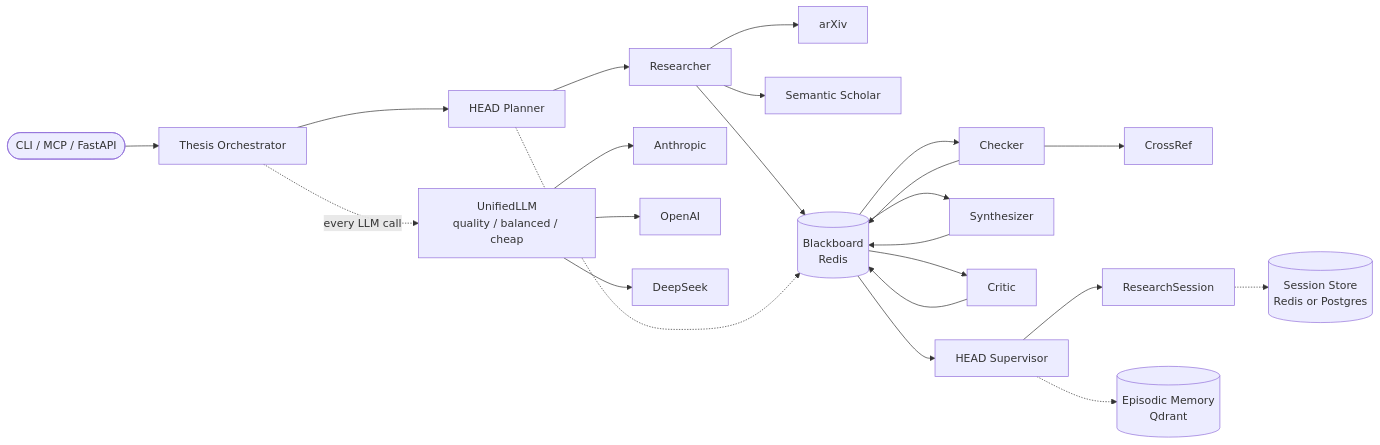
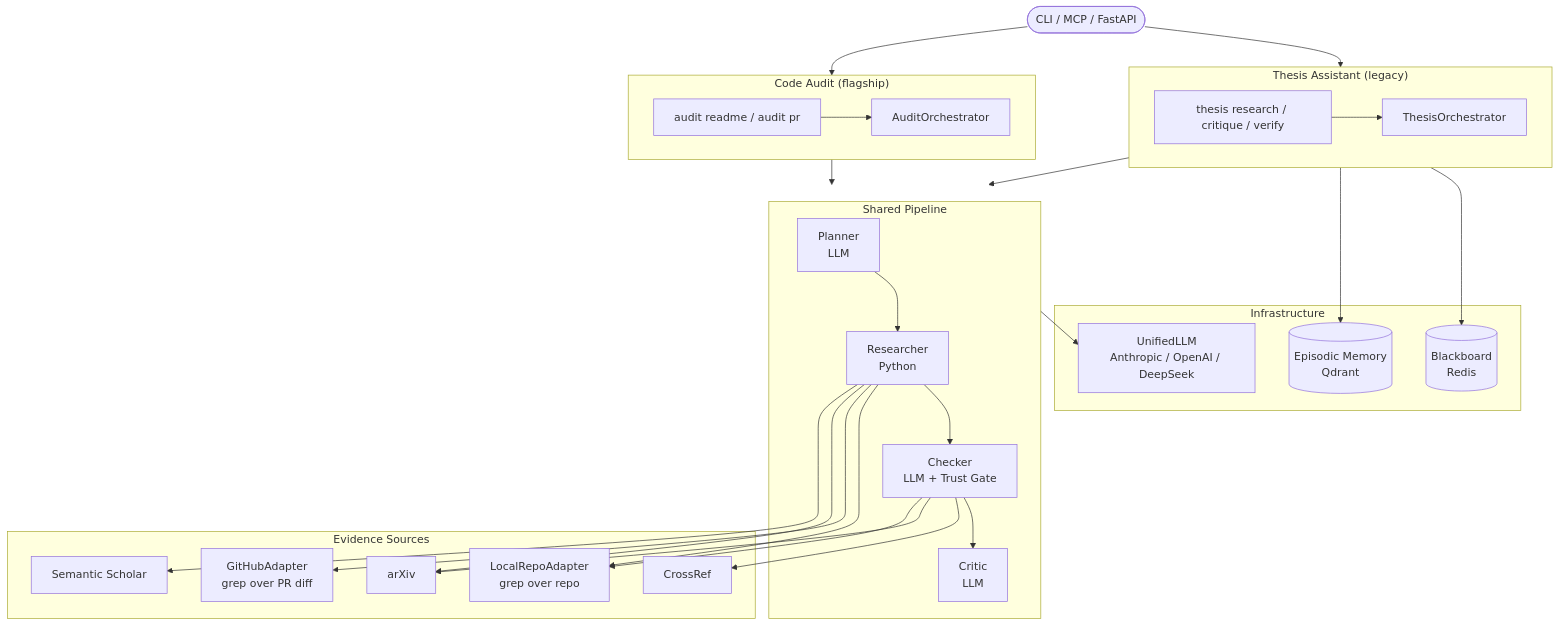
The diagram in README.md (DavidHavoc/openworkers), drawn with Mermaid before and after one commit. The commit also changed other lines of this file and 3 other files, not shown here.

````diff
--- a/README.md
+++ b/README.md
@@ -58,23 +167,49 @@
 ```mermaid
-flowchart LR
-    User([CLI / MCP / FastAPI]) --> Orch[Thesis Orchestrator]
-    Orch --> Plan[HEAD Planner]
-    Plan --> Res[Researcher]
-    Res --> arXiv[arXiv]
-    Res --> SS[Semantic Scholar]
-    Res --> BB[(Blackboard<br/>Redis)]
-    Plan -.-> BB
-    BB --> Check[Checker]
-    Check --> XR[CrossRef]
-    Check --> BB
-    BB --> Synth[Synthesizer]
-    Synth --> BB
-    BB --> Crit[Critic]
-    Crit --> BB
-    BB --> Sup[HEAD Supervisor]
-    Sup --> Out[ResearchSession]
-    Orch -.->|every LLM call| Router[UnifiedLLM<br/>quality / balanced / cheap]
-    Router --> Anthropic & OpenAI & DeepSeek
-    Sup -.-> Mem[(Episodic Memory<br/>Qdrant)]
-    Out -.-> Store[(Session Store<br/>Redis or Postgres)]
+flowchart TB
+    User([CLI / MCP / FastAPI])
+
+    subgraph Audit["Code Audit (flagship)"]
+        direction LR
+        AuditCLI["audit readme / audit pr"]
+        AuditOrch[AuditOrchestrator]
+        AuditCLI --> AuditOrch
+    end
+
+    subgraph Thesis["Thesis Assistant (legacy)"]
+        direction LR
+        ThesisCLI[thesis research / critique / verify]
+        ThesisOrch[ThesisOrchestrator]
+        ThesisCLI --> ThesisOrch
+    end
+
+    User --> Audit
+    User --> Thesis
+
+    subgraph Pipeline["Shared Pipeline"]
+        Planner[Planner<br/>LLM] --> Researcher[Researcher<br/>Python]
+        Researcher --> Checker[Checker<br/>LLM + Trust Gate]
+        Checker --> Critic[Critic<br/>LLM]
+    end
+
+    subgraph Sources["Evidence Sources"]
+        arXiv[arXiv]
+        SS[Semantic Scholar]
+        CrossRef[CrossRef]
+        LocalRepo["LocalRepoAdapter<br/>grep over repo"]
+        GitHub["GitHubAdapter<br/>grep over PR diff"]
+    end
+
+    AuditOrch --> Pipeline
+    ThesisOrch --> Pipeline
+    Researcher --> LocalRepo & GitHub & arXiv & SS
+    Checker --> CrossRef & arXiv & LocalRepo
+
+    subgraph Infra["Infrastructure"]
+        Router["UnifiedLLM<br/>Anthropic / OpenAI / DeepSeek"]
+        BB[(Blackboard<br/>Redis)]
+        Mem[(Episodic Memory<br/>Qdrant)]
+    end
+
+    Pipeline --> Router
+    ThesisOrch --> BB & Mem
 ```
````
